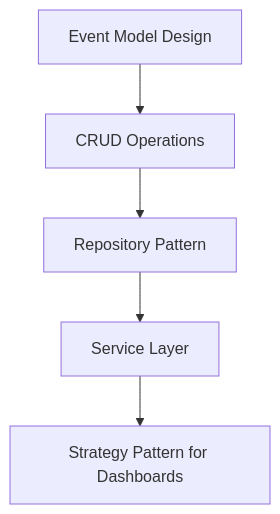
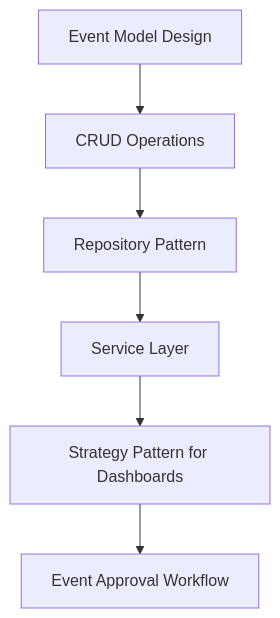
One commit to Event-Management-Ticketing-System-EMTS/Event-Management-Ticketing-System changed the fifth of 17 diagrams in README.md. Above: the diagram before and after it, drawn with Mermaid. The commit also changed other lines of this file and 1 other file, not shown here.

````diff
--- a/README.md
+++ b/README.md
@@ -63,7 +167,8 @@
 ```mermaid
 graph TD
     A[Event Model Design] --> B[CRUD Operations]
     B --> C[Repository Pattern]
     C --> D[Service Layer]
     D --> E[Strategy Pattern for Dashboards]
+    E --> F[Event Approval Workflow]
 ```
````
